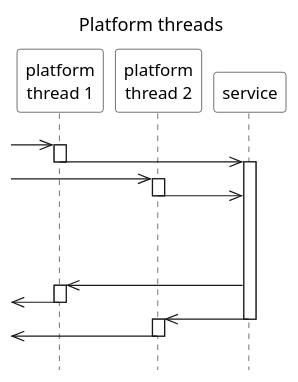
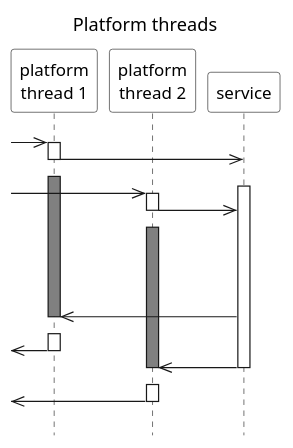
Before and after one commit to ti-cortex-m4/demo-java-virtual-threads2: the diagram in images/platform_threads.puml, drawn with PlantUML. The commit also changed 1 other file, not shown here.

```diff
--- a/images/platform_threads.puml
+++ b/images/platform_threads.puml
@@ -1,51 +1,59 @@
 @startuml
+
+!pragma teoz true
 
 title Platform threads
 
 scale 1.1
 hide footbox
 skinparam monochrome true
 skinparam defaultFontName Source Sans Pro
 skinparam titleFontSize 15
 skinparam titleFontStyle normal
 skinparam sequenceMessageAlign left
 skinparam participantBackgroundColor #white
 skinparam noteBackgroundColor #white
 skinparam sequenceGroupBackgroundColor #white
 
 participant "platform\nthread 1" as PlatformThread1
 participant "platform\nthread 2" as PlatformThread2
 participant "service" as Service
 
 ||10||
 
 ->> PlatformThread1
 activate PlatformThread1
 PlatformThread1->>Service
 deactivate PlatformThread1
+<-[hidden]- PlatformThread1
+activate PlatformThread1 #gray
 activate Service
 
 ->> PlatformThread2
 activate PlatformThread2
 PlatformThread2->>Service
 deactivate PlatformThread2
-'activate Service
+<-[hidden]- PlatformThread2
+activate PlatformThread2 #gray
 
 ||60||
 
 Service->>PlatformThread1
 'deactivate Service
+deactivate PlatformThread1
+<-[hidden]- PlatformThread1
 activate PlatformThread1
 <<- PlatformThread1
 deactivate PlatformThread1
 
 Service->>PlatformThread2
 deactivate Service
+deactivate PlatformThread2
+<-[hidden]- PlatformThread2
 activate PlatformThread2
-
 <<- PlatformThread2
 deactivate PlatformThread2
 
 ||10||
 
 @enduml
```
